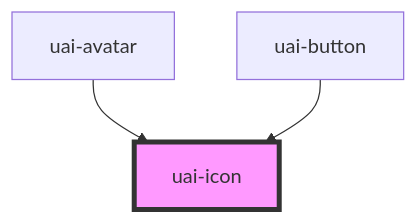
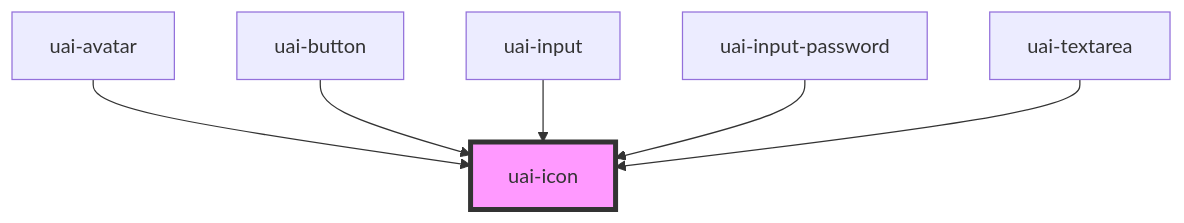
Before and after one commit to takenet/blip-ds: the diagram in src/components/uai-icon/readme.md, drawn with Mermaid. The commit also changed other lines of this file and 36 other files, not shown here.

First line of the commit message:
feat(uai-input): add uai-input, uai-textarea and uai-input-password

````diff
--- a/src/components/uai-icon/readme.md
+++ b/src/components/uai-icon/readme.md
@@ -47,6 +50,9 @@
 ```mermaid
 graph TD;
   uai-avatar --> uai-icon
   uai-button --> uai-icon
+  uai-input --> uai-icon
+  uai-input-password --> uai-icon
+  uai-textarea --> uai-icon
   style uai-icon fill:#f9f,stroke:#333,stroke-width:4px
 ```
````
